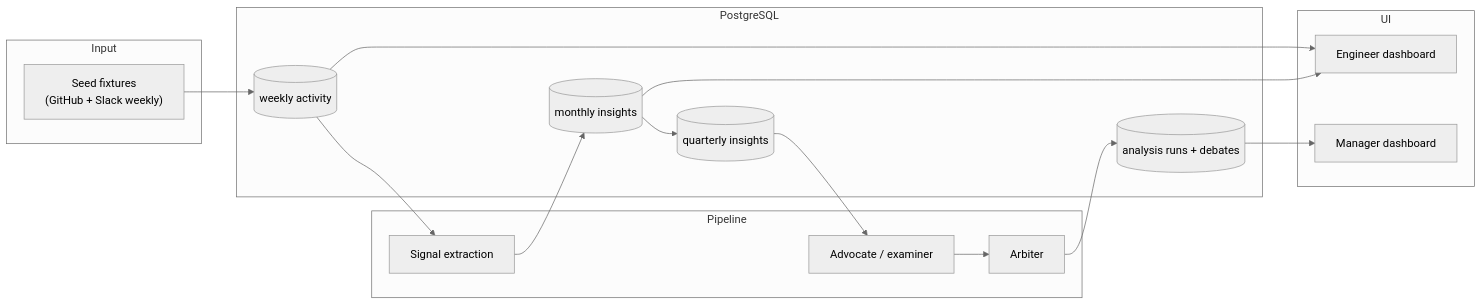
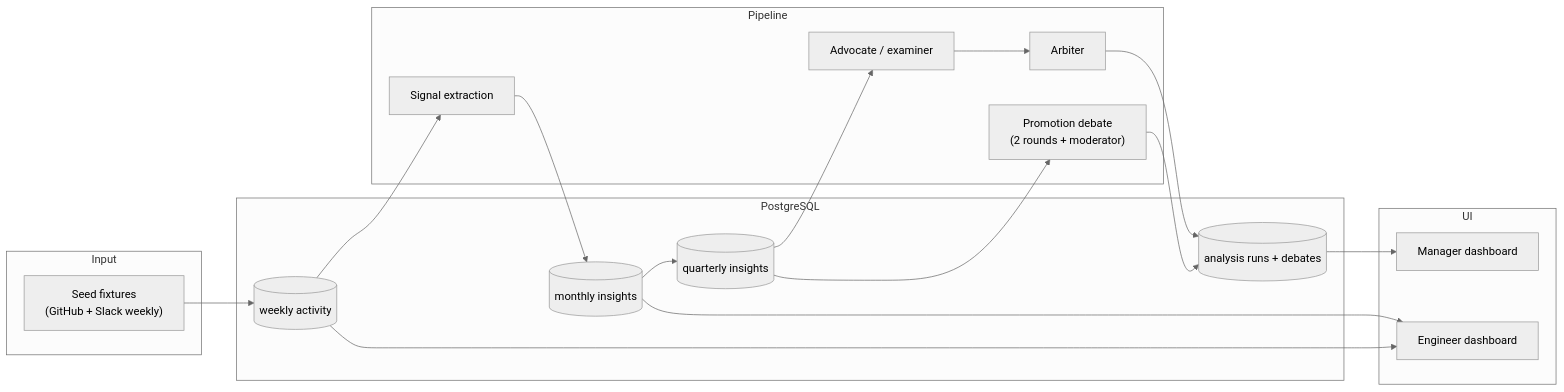
Before and after one commit to hanzalahwaheed/prfrd: the diagram in README.md, drawn with Mermaid (neutral theme). The commit also changed other lines of this file, not shown here.

Commit message:
docs: describe the promotion debate flow and readiness signal

````diff
--- a/README.md
+++ b/README.md
@@ -39,31 +42,33 @@
 ```mermaid
 flowchart LR
   subgraph Input
     Seed["Seed fixtures<br/>(GitHub + Slack weekly)"]
   end
 
   subgraph Storage["PostgreSQL"]
     W[(weekly activity)]
     M[(monthly insights)]
     Q[(quarterly insights)]
     A[(analysis runs + debates)]
   end
 
   subgraph Pipeline
     S["Signal extraction"]
     D["Advocate / examiner"]
     R["Arbiter"]
+    P["Promotion debate<br/>(2 rounds + moderator)"]
   end
 
   subgraph UI
     Eng["Engineer dashboard"]
     Mgr["Manager dashboard"]
   end
 
   Seed --> W
   W --> S --> M --> Q
   Q --> D --> R --> A
+  Q --> P --> A
   W --> Eng
   M --> Eng
   A --> Mgr
 ```
````
